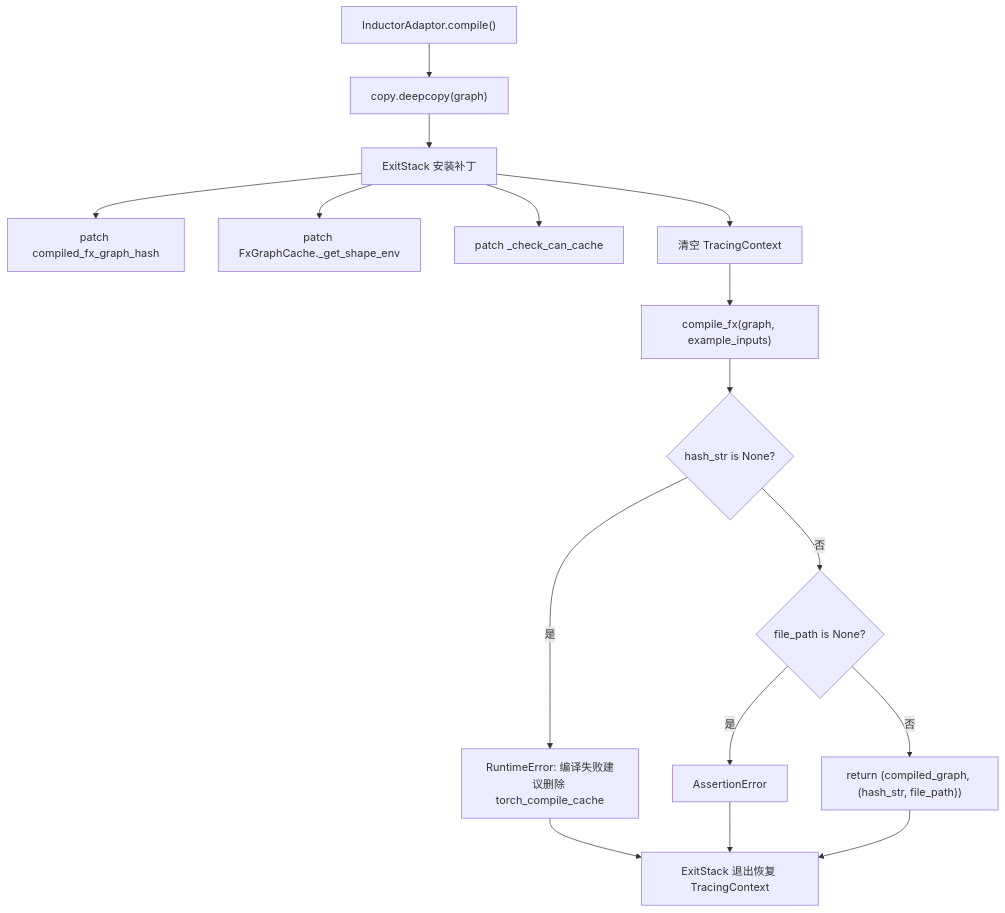
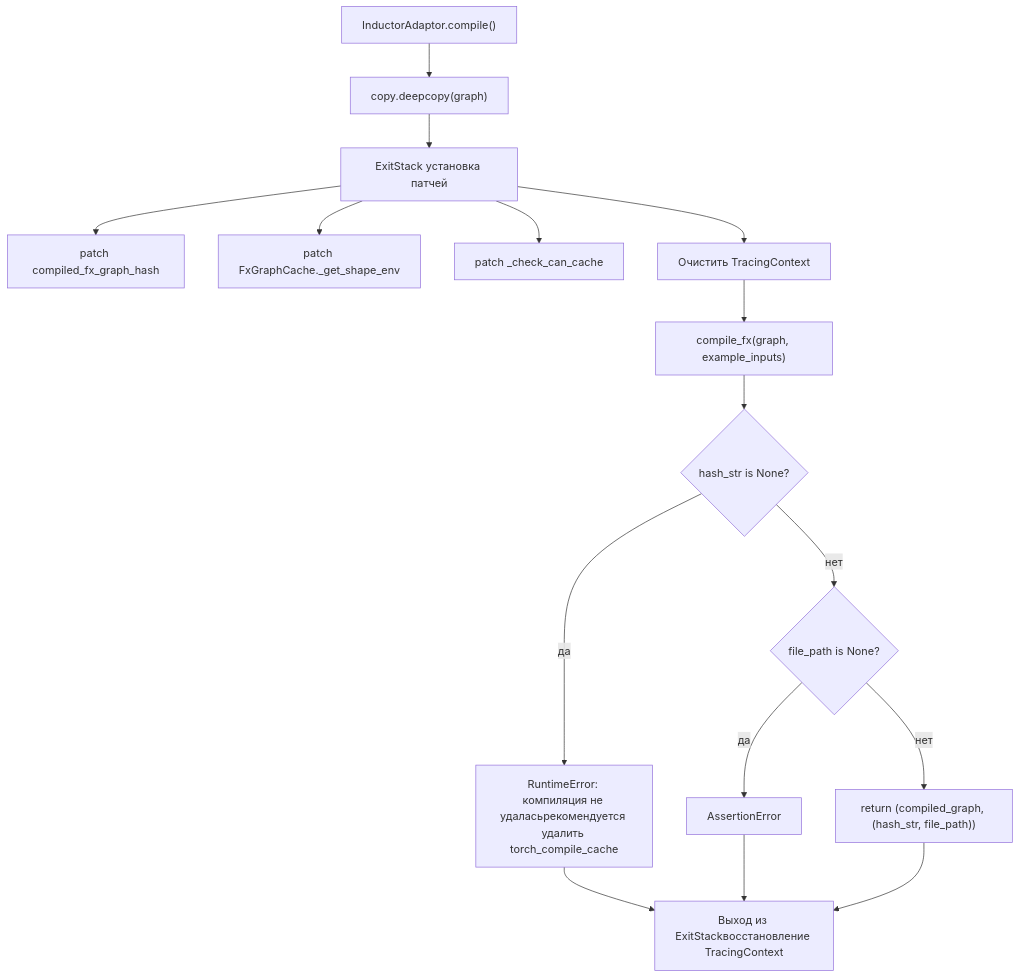
The first of 2 diagrams in books/vllm/ru/10-quantization-awq-gptq-fp8.md (maleRjc/AiReadCodeBooks), drawn with Mermaid before and after one commit. The commit also changed other lines of this file and 74 other files, not shown here.

````diff
--- a/books/vllm/ru/10-quantization-awq-gptq-fp8.md
+++ b/books/vllm/ru/10-quantization-awq-gptq-fp8.md
@@ -31,18 +31,18 @@
 ```mermaid
 flowchart TD
     start["InductorAdaptor.compile()"] --> deepcopy["copy.deepcopy(graph)"]
-    deepcopy --> patch_stack["ExitStack 安装补丁"]
+    deepcopy --> patch_stack["ExitStack установка патчей"]
     patch_stack --> p1["patch compiled_fx_graph_hash"]
     patch_stack --> p2["patch FxGraphCache._get_shape_env"]
     patch_stack --> p3["patch _check_can_cache"]
-    patch_stack --> p4["清空 TracingContext"]
+    patch_stack --> p4["Очистить TracingContext"]
     p4 --> call_fx["compile_fx(graph, example_inputs)"]
     call_fx --> check{"hash_str is None?"}
-    check -->|"是"| err["RuntimeError: 编译失败建议删除 torch_compile_cache"]
-    check -->|"否"| check2{"file_path is None?"}
-    check2 -->|"是"| assert_err["AssertionError"]
-    check2 -->|"否"| ret["return (compiled_graph, (hash_str, file_path))"]
-    err --> cleanup["ExitStack 退出恢复 TracingContext"]
+    check -->|"да"| err["RuntimeError: компиляция не удаласьрекомендуется удалить torch_compile_cache"]
+    check -->|"нет"| check2{"file_path is None?"}
+    check2 -->|"да"| assert_err["AssertionError"]
+    check2 -->|"нет"| ret["return (compiled_graph, (hash_str, file_path))"]
+    err --> cleanup["Выход из ExitStackвосстановление TracingContext"]
     assert_err --> cleanup
     ret --> cleanup
 ```
````
